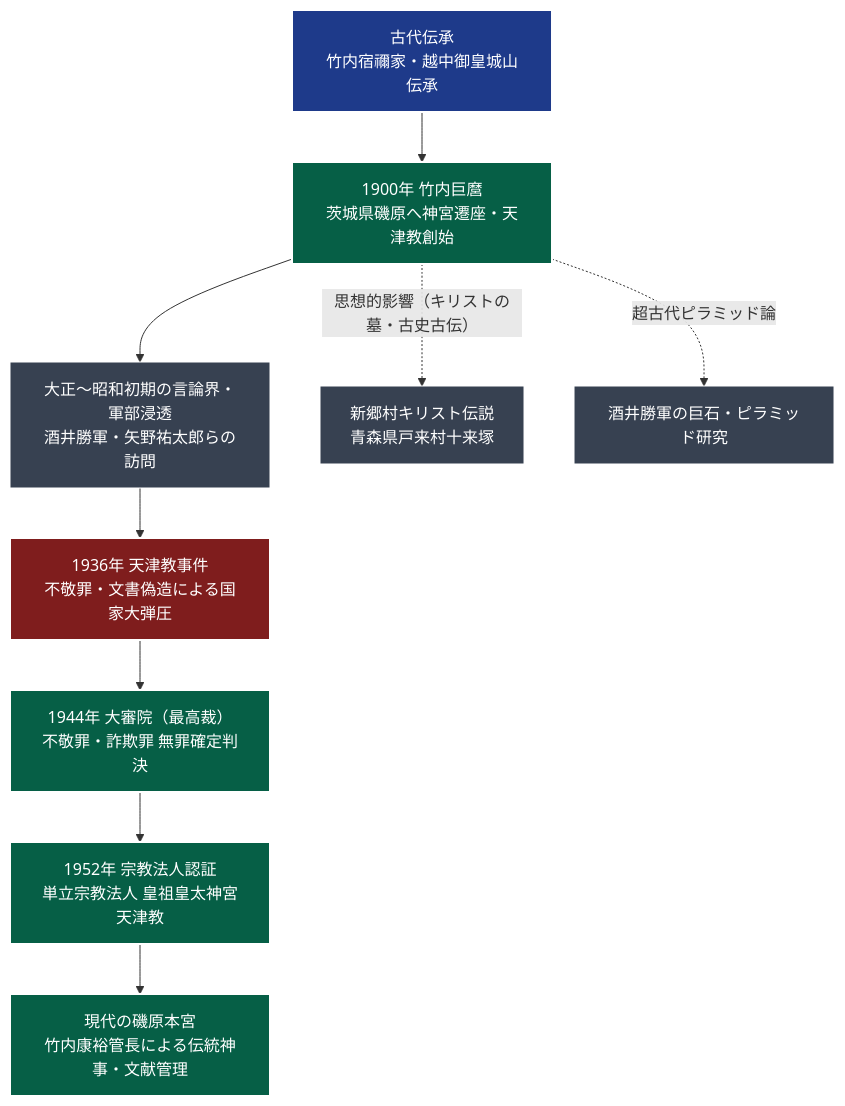
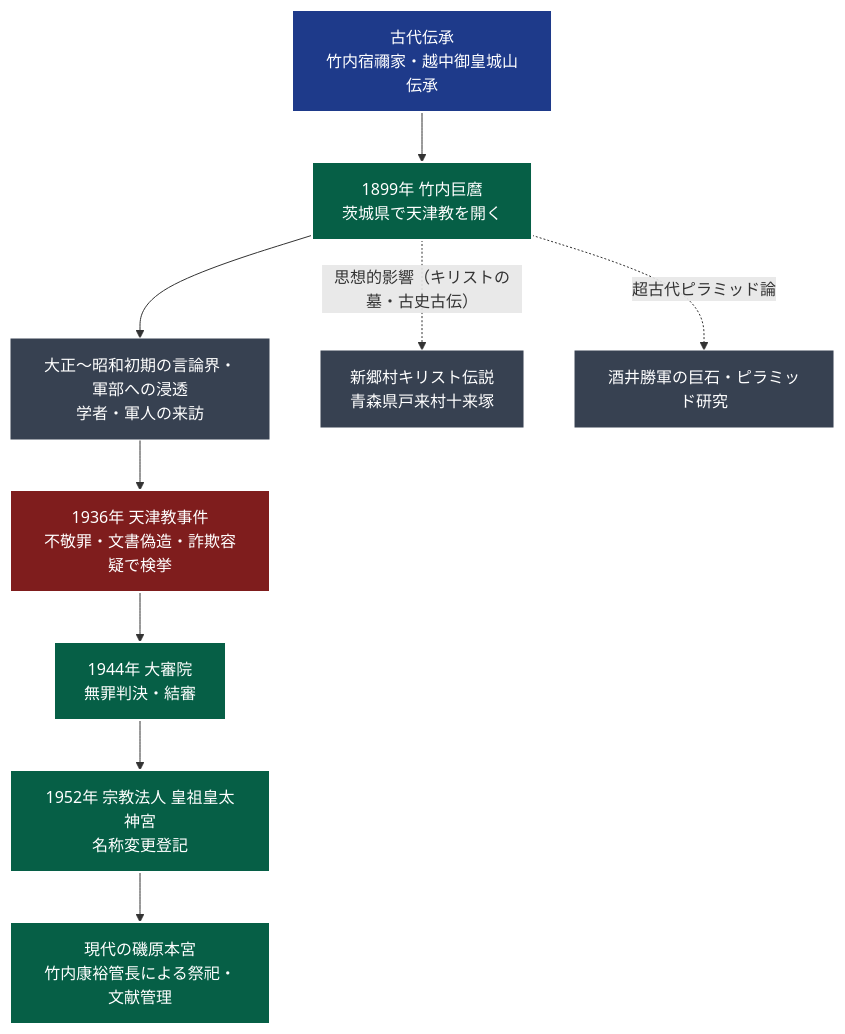
One commit to iida-masashi/religion-garden changed the diagram in content/01_宗派・異端研究/14_神道系/皇祖皇太神宮天津教.md. Above: the diagram before and after it, drawn with Mermaid. The commit also changed other lines of this file and 191 other files, not shown here.

````diff
--- a/content/01_宗派・異端研究/14_神道系/皇祖皇太神宮天津教.md
+++ b/content/01_宗派・異端研究/14_神道系/皇祖皇太神宮天津教.md
@@ -50,17 +33,17 @@
 ```mermaid
 flowchart TD
     classDef ancient fill:#1e3a8a,stroke:#ffffff,stroke-width:2px,color:#ffffff;
     classDef sect fill:#065f46,stroke:#ffffff,stroke-width:2px,color:#ffffff;
     classDef event fill:#7f1d1d,stroke:#ffffff,stroke-width:2px,color:#ffffff;
     classDef influence fill:#374151,stroke:#ffffff,stroke-width:1px,color:#ffffff;
 
-    A["<div style='color:#ffffff;'>古代伝承<br>竹内宿禰家・越中御皇城山伝承</div>"]:::ancient --> B["<div style='color:#ffffff;'>1900年 竹内巨麿<br>茨城県磯原へ神宮遷座・天津教創始</div>"]:::sect
-    B --> C["<div style='color:#ffffff;'>大正〜昭和初期の言論界・軍部浸透<br>酒井勝軍・矢野祐太郎らの訪問</div>"]:::influence
-    C --> D["<div style='color:#ffffff;'>1936年 天津教事件<br>不敬罪・文書偽造による国家大弾圧</div>"]:::event
-    D --> E["<div style='color:#ffffff;'>1944年 大審院（最高裁）<br>不敬罪・詐欺罪 無罪確定判決</div>"]:::sect
-    E --> F["<div style='color:#ffffff;'>1952年 宗教法人認証<br>単立宗教法人 皇祖皇太神宮天津教</div>"]:::sect
-    F --> G["<div style='color:#ffffff;'>現代の磯原本宮<br>竹内康裕管長による伝統神事・文献管理</div>"]:::sect
+    A["<div style='color:#ffffff;'>古代伝承<br>竹内宿禰家・越中御皇城山伝承</div>"]:::ancient --> B["<div style='color:#ffffff;'>1899年 竹内巨麿<br>茨城県で天津教を開く</div>"]:::sect
+    B --> C["<div style='color:#ffffff;'>大正〜昭和初期の言論界・軍部への浸透<br>学者・軍人の来訪</div>"]:::influence
+    C --> D["<div style='color:#ffffff;'>1936年 天津教事件<br>不敬罪・文書偽造・詐欺容疑で検挙</div>"]:::event
+    D --> E["<div style='color:#ffffff;'>1944年 大審院<br>無罪判決・結審</div>"]:::sect
+    E --> F["<div style='color:#ffffff;'>1952年 宗教法人 皇祖皇太神宮<br>名称変更登記</div>"]:::sect
+    F --> G["<div style='color:#ffffff;'>現代の磯原本宮<br>竹内康裕管長による祭祀・文献管理</div>"]:::sect
 
     B -.->|"思想的影響（キリストの墓・古史古伝）"| H["<div style='color:#ffffff;'>新郷村キリスト伝説<br>青森県戸来村十来塚</div>"]:::influence
     B -.->|"超古代ピラミッド論"| I["<div style='color:#ffffff;'>酒井勝軍の巨石・ピラミッド研究</div>"]:::influence
 ```
````
